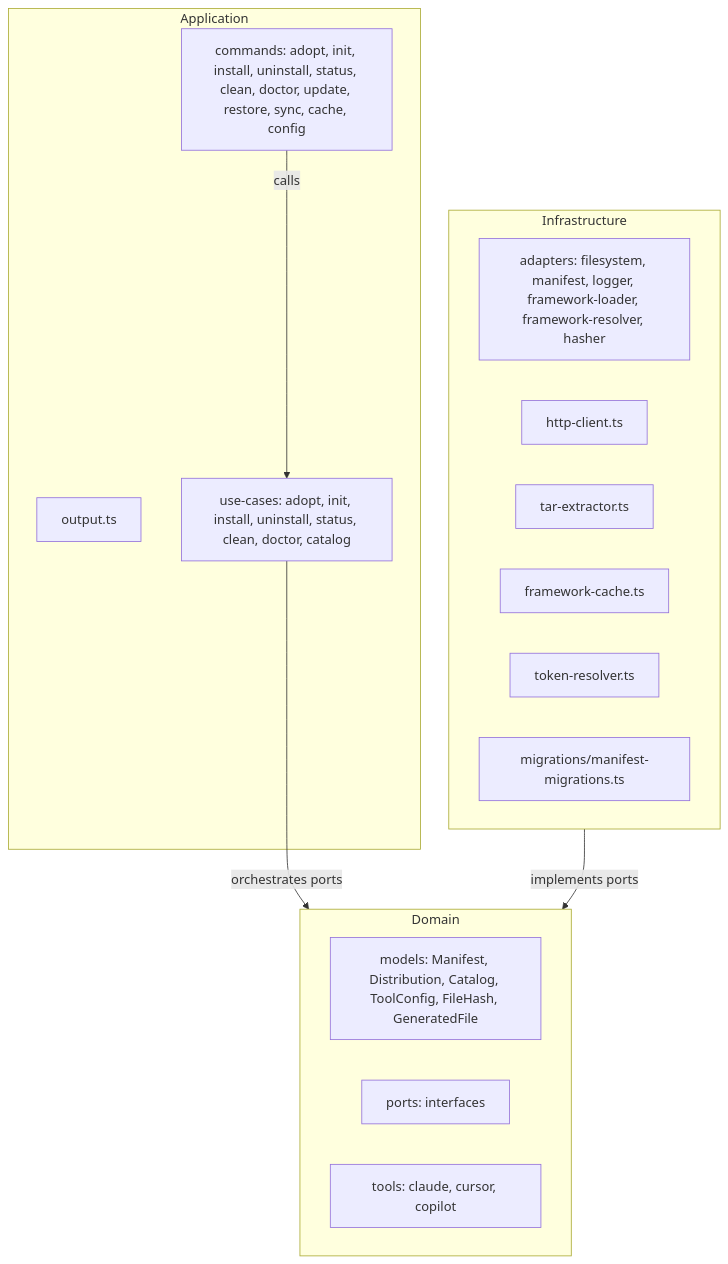
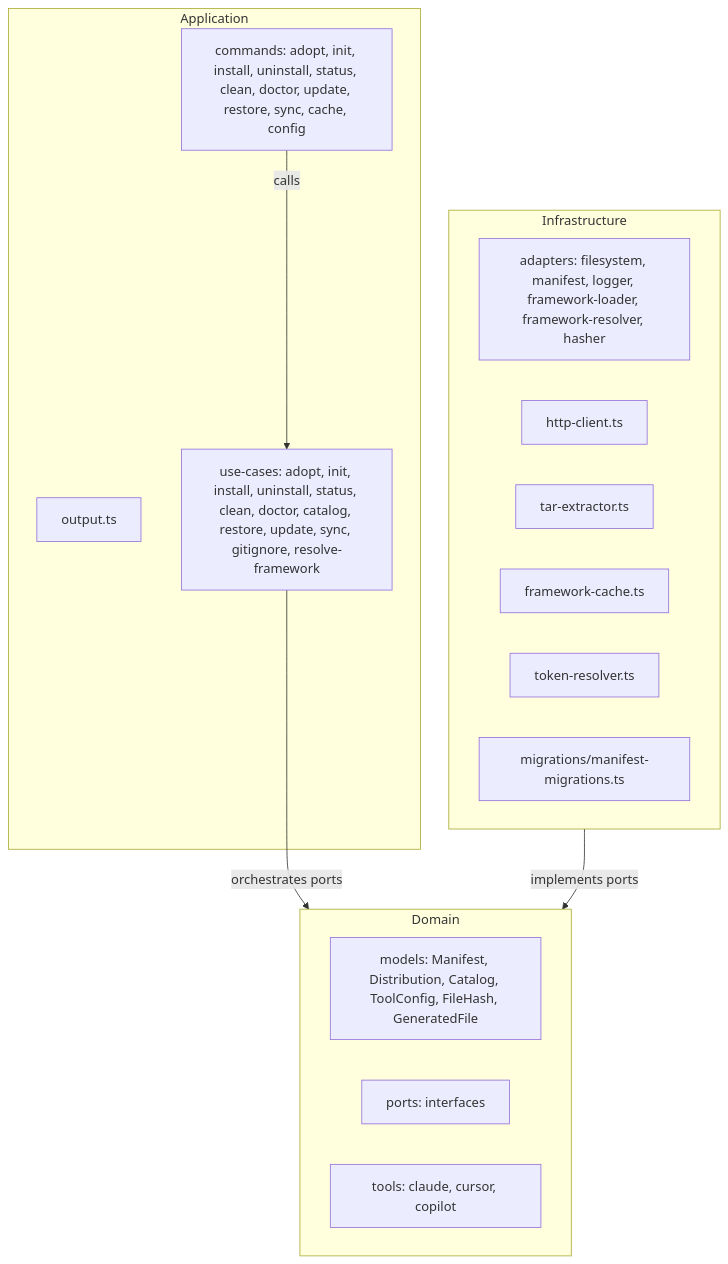
One commit to ai-driven-dev/framework changed the second of 3 diagrams in aidd_docs/memory/architecture.md. Above: the diagram before and after it, drawn with Mermaid. The commit also changed other lines of this file and 8 other files, not shown here.

````diff
--- a/aidd_docs/memory/architecture.md
+++ b/aidd_docs/memory/architecture.md
@@ -40,24 +40,24 @@
 ```mermaid
 flowchart TD
     subgraph APP["Application"]
         CMD_FILES["commands: adopt, init, install, uninstall, status, clean, doctor, update, restore, sync, cache, config"]
         OUTPUT["output.ts"]
-        USECASES["use-cases: adopt, init, install, uninstall, status, clean, doctor, catalog"]
+        USECASES["use-cases: adopt, init, install, uninstall, status, clean, doctor, catalog, restore, update, sync, gitignore, resolve-framework"]
     end
     subgraph DOM["Domain"]
         MODELS["models: Manifest, Distribution, Catalog, ToolConfig, FileHash, GeneratedFile"]
         PORTS["ports: interfaces"]
         TOOLS["tools: claude, cursor, copilot"]
     end
     subgraph INFRA["Infrastructure"]
         ADAPTERS["adapters: filesystem, manifest, logger, framework-loader, framework-resolver, hasher"]
         HTTP["http-client.ts"]
         TAR["tar-extractor.ts"]
         CACHE["framework-cache.ts"]
         TOKEN["token-resolver.ts"]
         MIG["migrations/manifest-migrations.ts"]
     end
     CMD_FILES -->|calls| USECASES
     USECASES -->|orchestrates ports| DOM
     INFRA -->|implements ports| DOM
 ```
````
